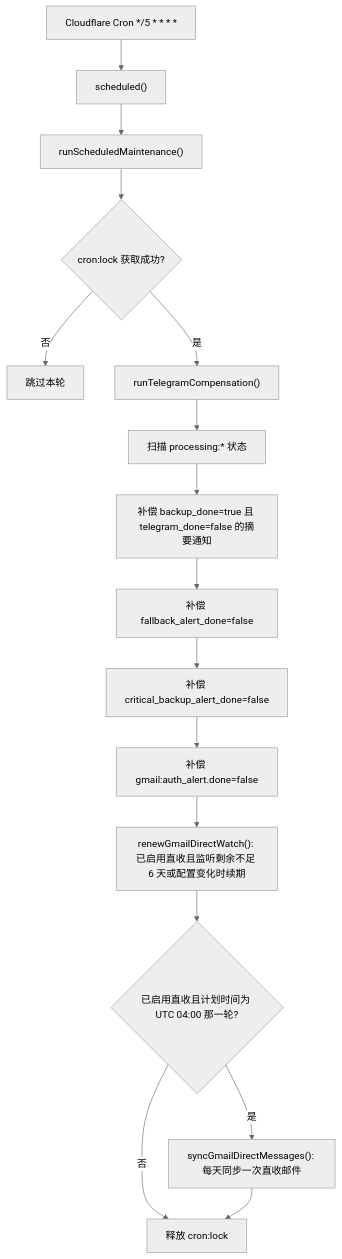
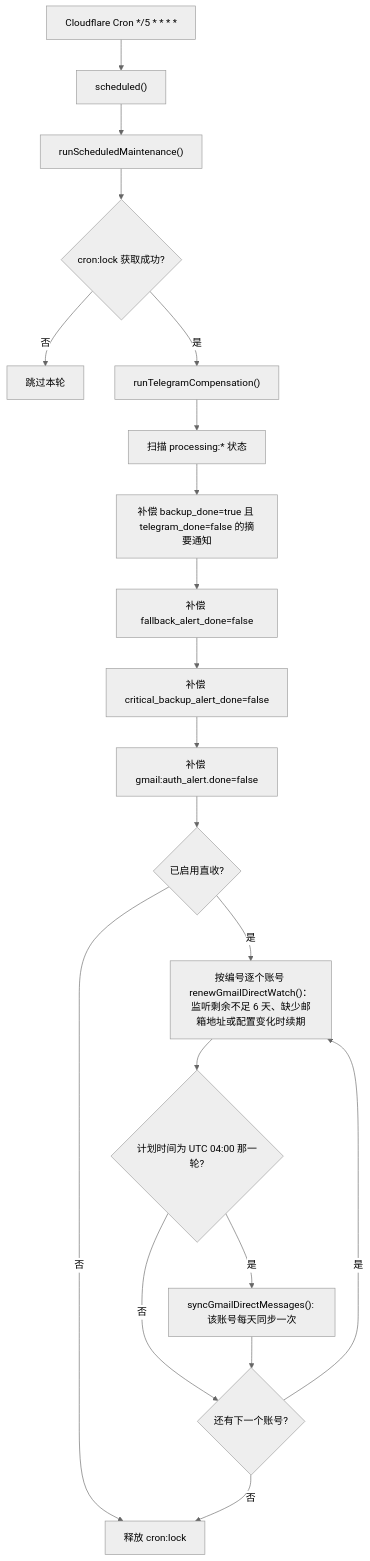
Before and after one commit to lainbo/synopsis: the third of 3 diagrams in docs/ai-maintenance/architecture.md, drawn with Mermaid (neutral theme). The commit also changed other lines of this file and 25 other files, not shown here.

````diff
--- a/docs/ai-maintenance/architecture.md
+++ b/docs/ai-maintenance/architecture.md
@@ -92,18 +98,22 @@
 ```mermaid
 flowchart TD
   A["Cloudflare Cron */5 * * * *"] --> B["scheduled()"]
   B --> C["runScheduledMaintenance()"]
   C --> D{"cron:lock 获取成功?"}
   D -- "否" --> E["跳过本轮"]
   D -- "是" --> F["runTelegramCompensation()"]
   F --> G["扫描 processing:* 状态"]
   G --> H["补偿 backup_done=true 且 telegram_done=false 的摘要通知"]
   H --> I["补偿 fallback_alert_done=false"]
   I --> J["补偿 critical_backup_alert_done=false"]
   J --> K["补偿 gmail:auth_alert.done=false"]
-  K --> W["renewGmailDirectWatch(): 已启用直收且监听剩余不足 6 天或配置变化时续期"]
-  W --> Y{"已启用直收且计划时间为 UTC 04:00 那一轮?"}
-  Y -- "是" --> X["syncGmailDirectMessages(): 每天同步一次直收邮件"]
-  Y -- "否" --> L["释放 cron:lock"]
-  X --> L
+  K --> V{"已启用直收?"}
+  V -- "否" --> L["释放 cron:lock"]
+  V -- "是" --> W["按编号逐个账号 renewGmailDirectWatch()：监听剩余不足 6 天、缺少邮箱地址或配置变化时续期"]
+  W --> Y{"计划时间为 UTC 04:00 那一轮?"}
+  Y -- "是" --> X["syncGmailDirectMessages(): 该账号每天同步一次"]
+  Y -- "否" --> Z{"还有下一个账号?"}
+  X --> Z
+  Z -- "是" --> W
+  Z -- "否" --> L
 ```
````
